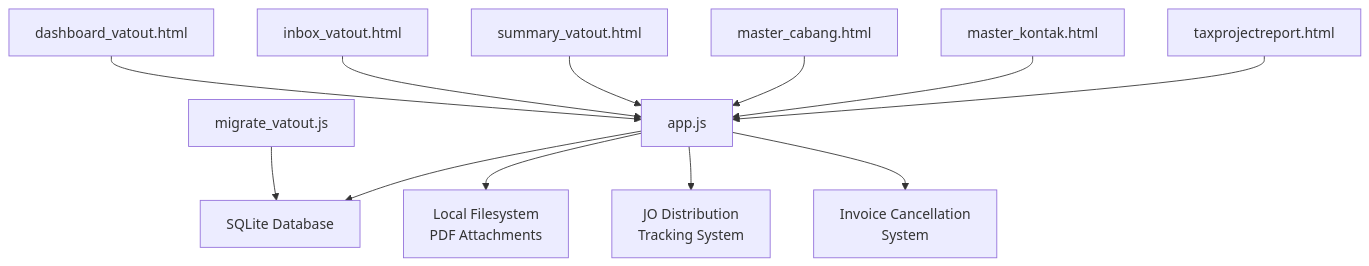
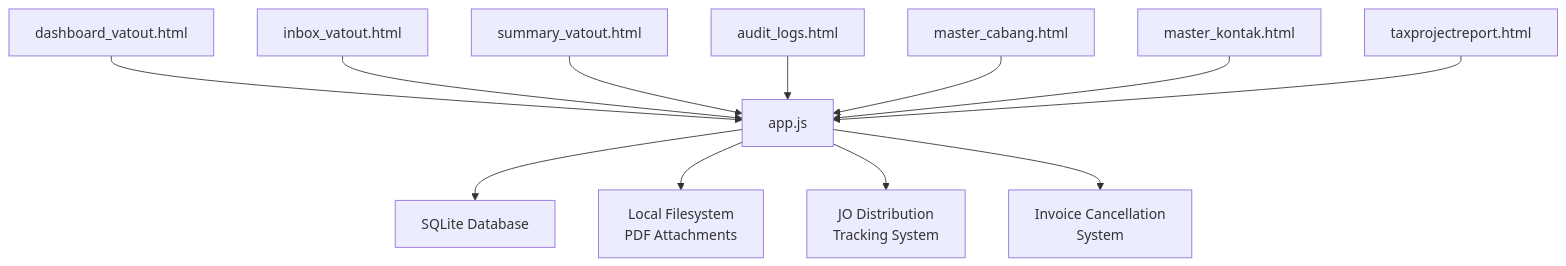
Before and after one commit to rendisiagian/TDS_by_RENDISIAGIAN: the second of 11 diagrams in .qoder/repowiki/en/content/VAT Management System/VAT Output (VAT OUT).md, drawn with Mermaid. The commit also changed other lines of this file and 55 other files, not shown here.

````diff
--- a/.qoder/repowiki/en/content/VAT Management System/VAT Output (VAT OUT).md
+++ b/.qoder/repowiki/en/content/VAT Management System/VAT Output (VAT OUT).md
@@ -127,26 +123,26 @@
 ```mermaid
 graph TB
 UI_Dashboard["dashboard_vatout.html"]
 UI_Inbox["inbox_vatout.html"]
 UI_Summary["summary_vatout.html"]
 BE_App["app.js"]
 DB_SQLite["SQLite Database"]
 FS_Attachments["Local Filesystem<br/>PDF Attachments"]
 Master_Cabang["master_cabang.html"]
 Master_Kontak["master_kontak.html"]
-Migration_Tool["migrate_vatout.js"]
+Audit_Logs["audit_logs.html"]
 JO_Tracking["JO Distribution<br/>Tracking System"]
 Tax_Report["taxprojectreport.html"]
 Cancel_System["Invoice Cancellation<br/>System"]
 UI_Dashboard --> BE_App
 UI_Inbox --> BE_App
 UI_Summary --> BE_App
-Migration_Tool --> DB_SQLite
+Audit_Logs --> BE_App
 BE_App --> DB_SQLite
 BE_App --> FS_Attachments
 BE_App --> JO_Tracking
 BE_App --> Cancel_System
 Master_Cabang --> BE_App
 Master_Kontak --> BE_App
 Tax_Report --> BE_App
 ```
````
